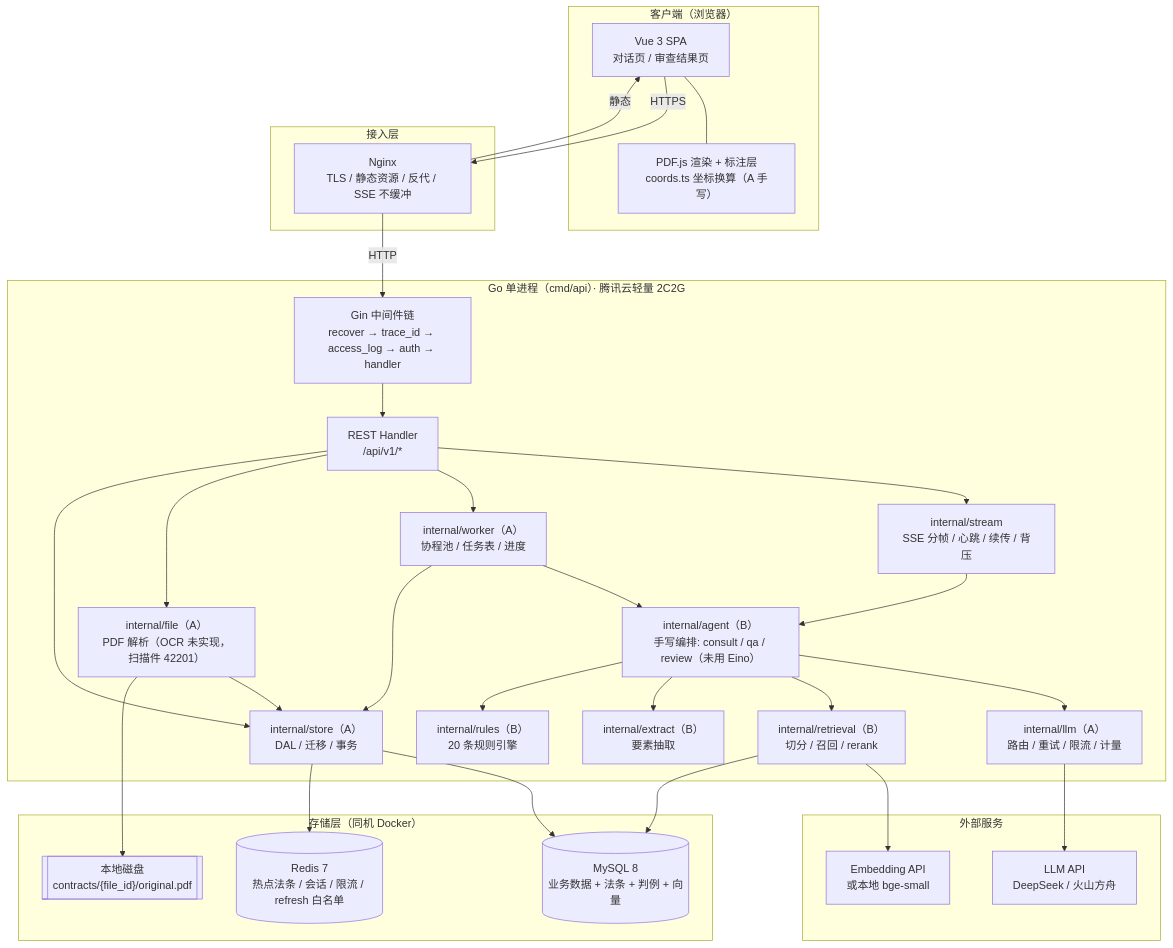
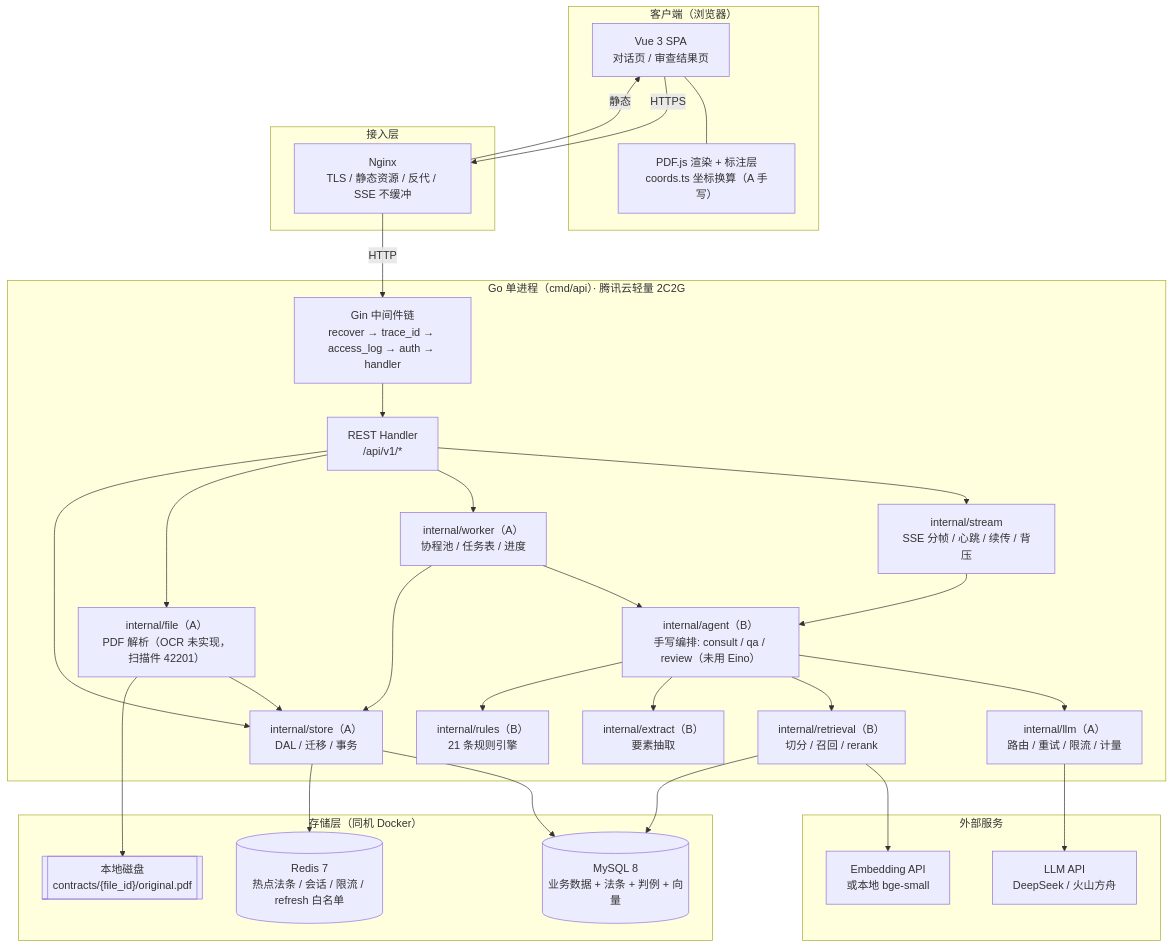
One commit to 0623som7/Labor-Law-AI-Advisory-System changed the first of 4 diagrams in docs/项目大纲与技术选型.md. Above: the diagram before and after it, drawn with Mermaid. The commit also changed other lines of this file and 13 other files, not shown here.

````diff
--- a/docs/项目大纲与技术选型.md
+++ b/docs/项目大纲与技术选型.md
@@ -129,60 +129,60 @@
 ```mermaid
 flowchart TB
     subgraph Client["客户端（浏览器）"]
         SPA["Vue 3 SPA<br/>对话页 / 审查结果页"]
         PDFJS["PDF.js 渲染 + 标注层<br/>coords.ts 坐标换算（A 手写）"]
         SPA --- PDFJS
     end
 
     subgraph Edge["接入层"]
         NGX["Nginx<br/>TLS / 静态资源 / 反代 / SSE 不缓冲"]
     end
 
     subgraph App["Go 单进程（cmd/api）· 腾讯云轻量 2C2G"]
         MW["Gin 中间件链<br/>recover → trace_id → access_log → auth → handler"]
         API["REST Handler<br/>/api/v1/*"]
         SSE["internal/stream<br/>SSE 分帧 / 心跳 / 续传 / 背压"]
         AGT["internal/agent（B）<br/>手写编排: consult / qa / review（未用 Eino）"]
         LLM["internal/llm（A）<br/>路由 / 重试 / 限流 / 计量"]
         RET["internal/retrieval（B）<br/>切分 / 召回 / rerank"]
         EXT["internal/extract（B）<br/>要素抽取"]
-        RUL["internal/rules（B）<br/>20 条规则引擎"]
+        RUL["internal/rules（B）<br/>21 条规则引擎"]
         PAR["internal/file（A）<br/>PDF 解析（OCR 未实现，扫描件 42201）"]
         STO["internal/store（A）<br/>DAL / 迁移 / 事务"]
         WK["internal/worker（A）<br/>协程池 / 任务表 / 进度"]
         MW --> API
         API --> SSE
         API --> WK
         API --> PAR
         SSE --> AGT
         WK --> AGT
         AGT --> LLM
         AGT --> RET
         AGT --> EXT
         AGT --> RUL
         API --> STO
         WK --> STO
         PAR --> STO
     end
 
     subgraph Store["存储层（同机 Docker）"]
         MY[("MySQL 8<br/>业务数据 + 法条 + 判例 + 向量")]
         RD[("Redis 7<br/>热点法条 / 会话 / 限流 / refresh 白名单")]
         FS[["本地磁盘<br/>contracts/{file_id}/original.pdf"]]
     end
 
     subgraph Ext["外部服务"]
         LLMAPI["LLM API<br/>DeepSeek / 火山方舟"]
         EMB["Embedding API<br/>或本地 bge-small"]
     end
 
     SPA -->|"HTTPS"| NGX
     NGX -->|"HTTP"| MW
     NGX -->|"静态"| SPA
     STO --> MY
     STO --> RD
     PAR --> FS
     LLM --> LLMAPI
     RET --> EMB
     RET --> MY
 ```
````
